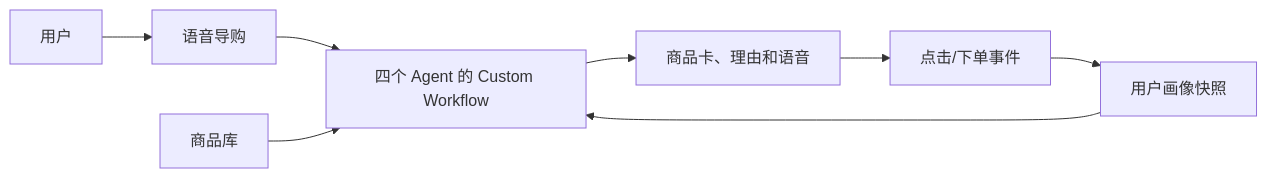
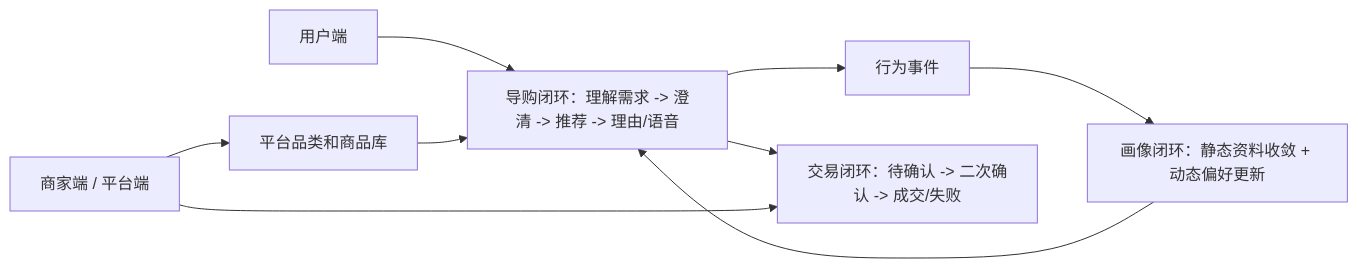
The first of 4 diagrams in docs/architecture.md (ivaris03/voice-shopping-agents), drawn with Mermaid before and after one commit. The commit also changed other lines of this file and 2 other files, not shown here.

````diff
--- a/docs/architecture.md
+++ b/docs/architecture.md
@@ -9,10 +24,11 @@
 ```mermaid
 flowchart LR
-    U["用户"] --> V["语音导购"]
-    V --> W["四个 Agent 的 Custom Workflow"]
-    C["商品库"] --> W
-    P["用户画像快照"] --> W
-    W --> R["商品卡、理由和语音"]
-    R --> E["点击/下单事件"]
-    E --> P
+    U["用户端"] --> G["导购闭环：理解需求 -> 澄清 -> 推荐 -> 理由/语音"]
+    G --> B["行为事件"]
+    B --> P["画像闭环：静态资料收敛 + 动态偏好更新"]
+    G --> O["交易闭环：待确认 -> 二次确认 -> 成交/失败"]
+    C["平台品类和商品库"] --> G
+    P --> G
+    M["商家端 / 平台端"] --> C
+    M --> O
 ```
````
